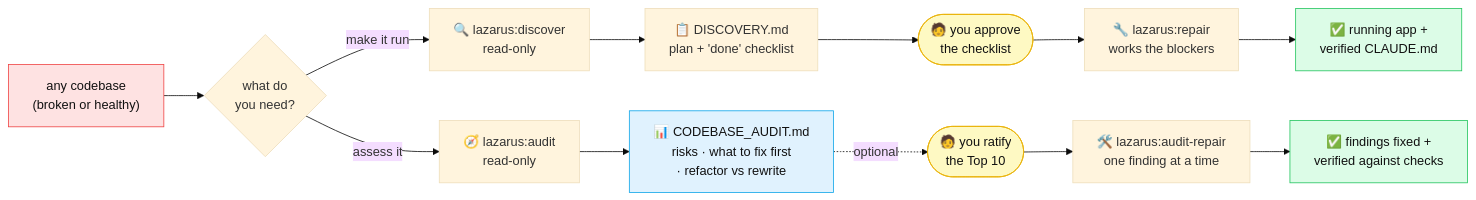
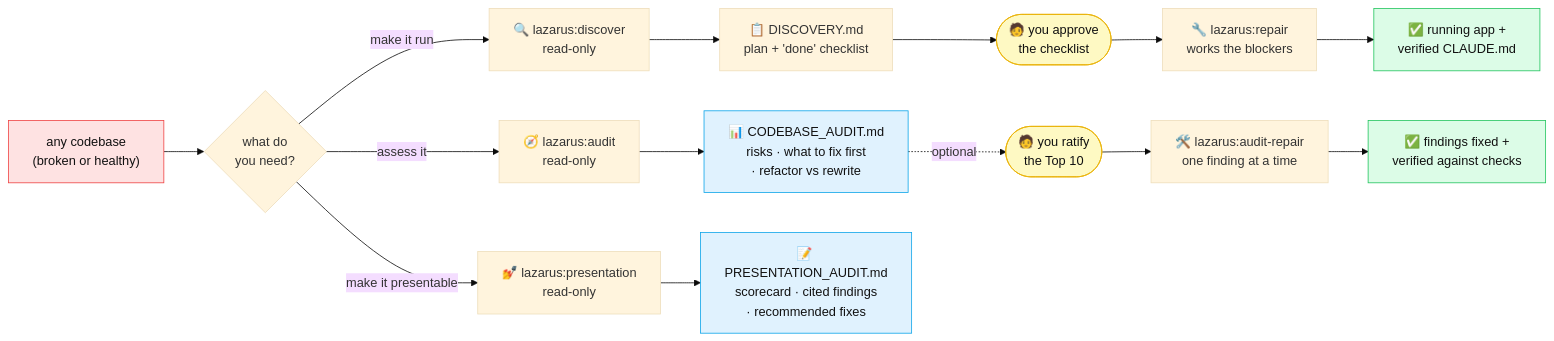
One commit to CognitiveCodeAI/lazarus changed the diagram in README.md. Above: the diagram before and after it, drawn with Mermaid (base theme). The commit also changed other lines of this file and 8 other files, not shown here.

First line of the commit message:
New skill: presentation — DevRel-grade audit of a repo's public face (it graded this repo first) (#23)

````diff
--- a/README.md
+++ b/README.md
@@ -81,23 +86,27 @@
 ```mermaid
 flowchart LR
     A["any codebase<br/>(broken or healthy)"] --> B{what do<br/>you need?}
 
     B -->|make it run| C["🔍 lazarus:discover<br/>read-only"]
     C --> D["📋 DISCOVERY.md<br/>plan + 'done' checklist"]
     D --> E(["🧑 you approve<br/>the checklist"])
     E --> F["🔧 lazarus:repair<br/>works the blockers"]
     F --> G["✅ running app +<br/>verified CLAUDE.md"]
 
     B -->|assess it| H["🧭 lazarus:audit<br/>read-only"]
     H --> I["📊 CODEBASE_AUDIT.md<br/>risks · what to fix first<br/>· refactor vs rewrite"]
     I -.->|"optional"| J(["🧑 you ratify<br/>the Top 10"])
     J --> K["🛠️ lazarus:audit-repair<br/>one finding at a time"]
     K --> L["✅ findings fixed +<br/>verified against checks"]
 
+    B -->|make it presentable| M["💅 lazarus:presentation<br/>read-only"]
+    M --> N["📝 PRESENTATION_AUDIT.md<br/>scorecard · cited findings<br/>· recommended fixes"]
+
     style A fill:#fee2e2,stroke:#ef4444,color:#111
     style G fill:#dcfce7,stroke:#22c55e,color:#111
     style I fill:#e0f2fe,stroke:#0ea5e9,color:#111
+    style N fill:#e0f2fe,stroke:#0ea5e9,color:#111
     style E fill:#fef9c3,stroke:#eab308,color:#111
     style J fill:#fef9c3,stroke:#eab308,color:#111
     style L fill:#dcfce7,stroke:#22c55e,color:#111
 ```
````
